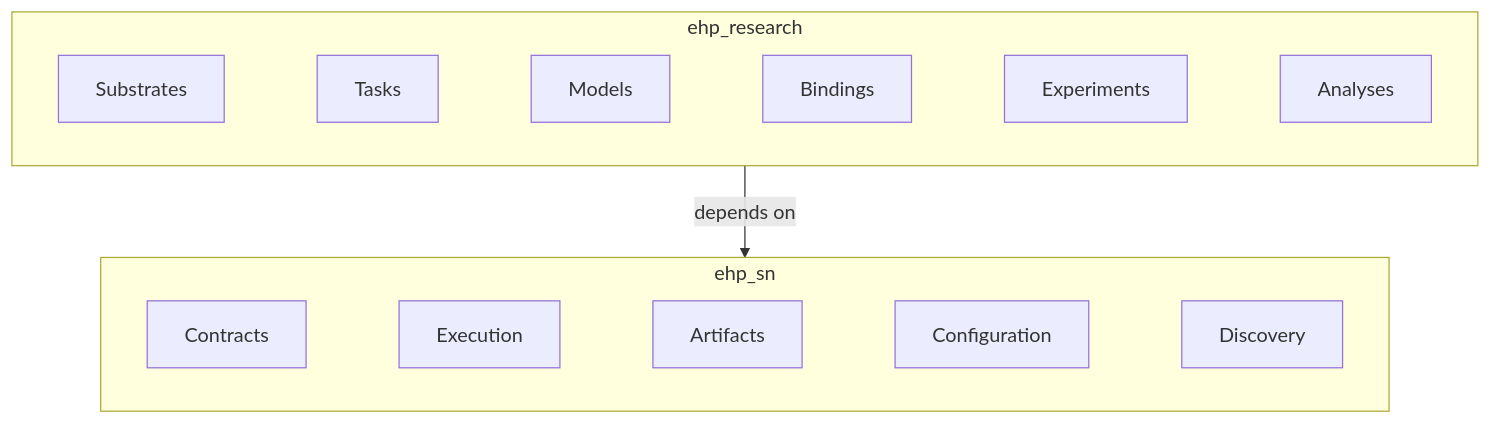
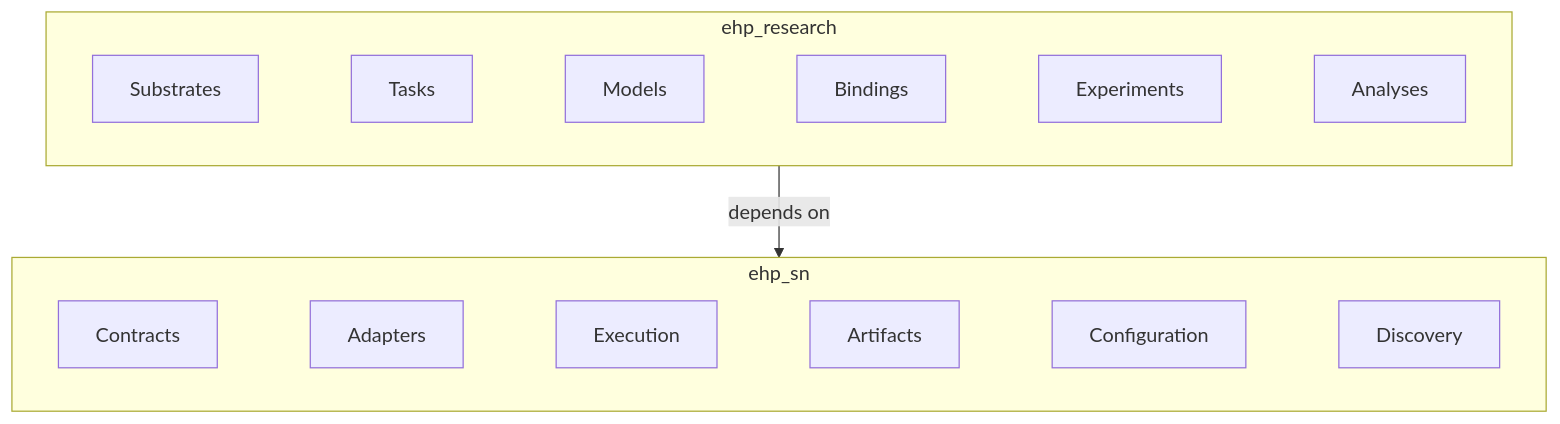
One commit to BorjaEst/ehp-sn changed the diagram in README.md. Above: the diagram before and after it, drawn with Mermaid. The commit also changed other lines of this file and 22 other files, not shown here.

````diff
--- a/README.md
+++ b/README.md
@@ -157,21 +157,22 @@
 ```mermaid
 flowchart TB
     subgraph Framework["ehp_sn"]
         contracts["Contracts"] ~~~
+        adapters["Adapters"] ~~~
         execution["Execution"] ~~~
         artifacts["Artifacts"] ~~~
         config["Configuration"]~~~
         discovery["Discovery"]
     end
 
     subgraph Research["ehp_research"]
         substrates["Substrates"] ~~~
         tasks["Tasks"] ~~~
         models["Models"] ~~~
         bindings["Bindings"] ~~~
         experiments["Experiments"] ~~~
         analyses["Analyses"]
     end
 
     Research -->|depends on| Framework
 ```
````
